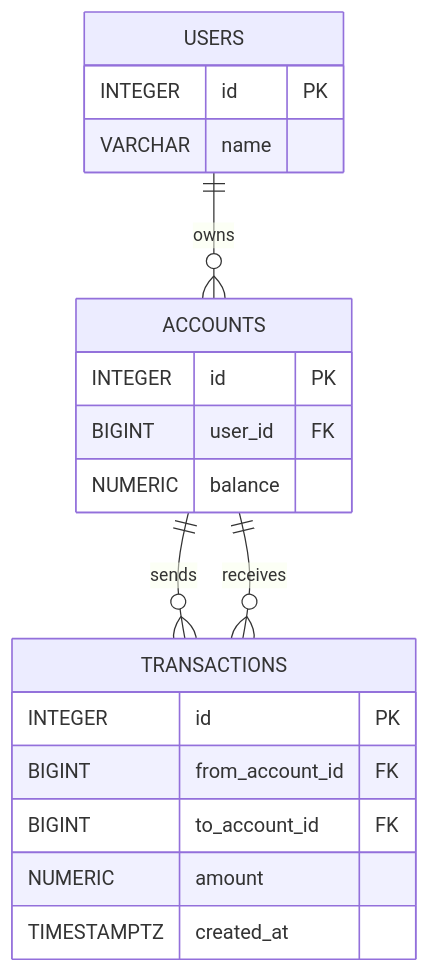
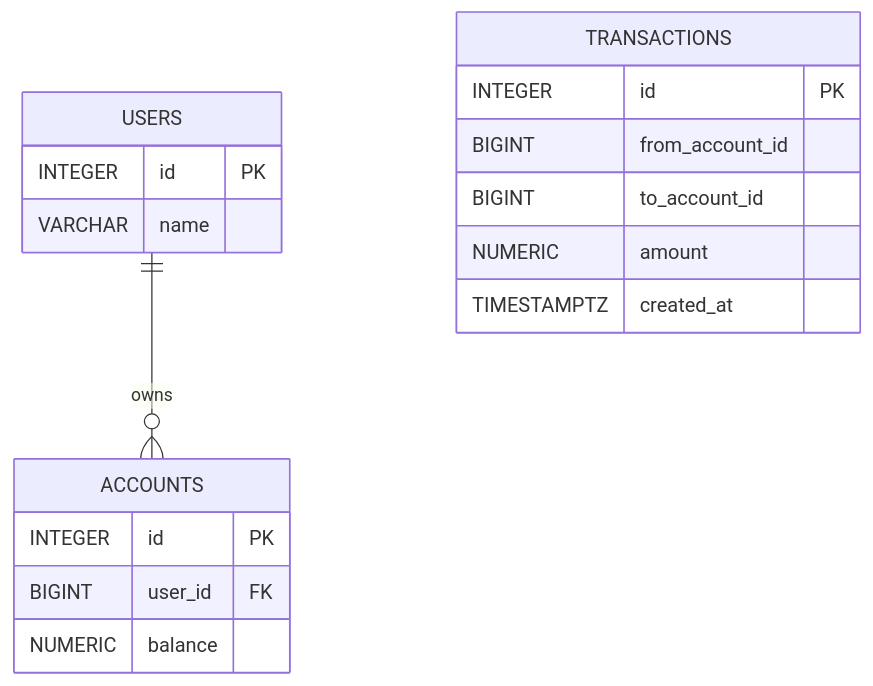
Before and after one commit to GITBRATT/banking-jdbc-app: the diagram in README.md, drawn with Mermaid.

````diff
--- a/README.md
+++ b/README.md
@@ -50,28 +50,24 @@
 ```mermaid
 erDiagram
 
     USERS {
         INTEGER id PK
         VARCHAR name
     }
 
     ACCOUNTS {
         INTEGER id PK
         BIGINT user_id FK
         NUMERIC balance
     }
 
     TRANSACTIONS {
         INTEGER id PK
-        BIGINT from_account_id FK
-        BIGINT to_account_id FK
+        BIGINT from_account_id
+        BIGINT to_account_id
         NUMERIC amount
         TIMESTAMPTZ created_at
     }
 
     USERS ||--o{ ACCOUNTS : owns
-
-    ACCOUNTS ||--o{ TRANSACTIONS : sends
-
-    ACCOUNTS ||--o{ TRANSACTIONS : receives
 ```
````
